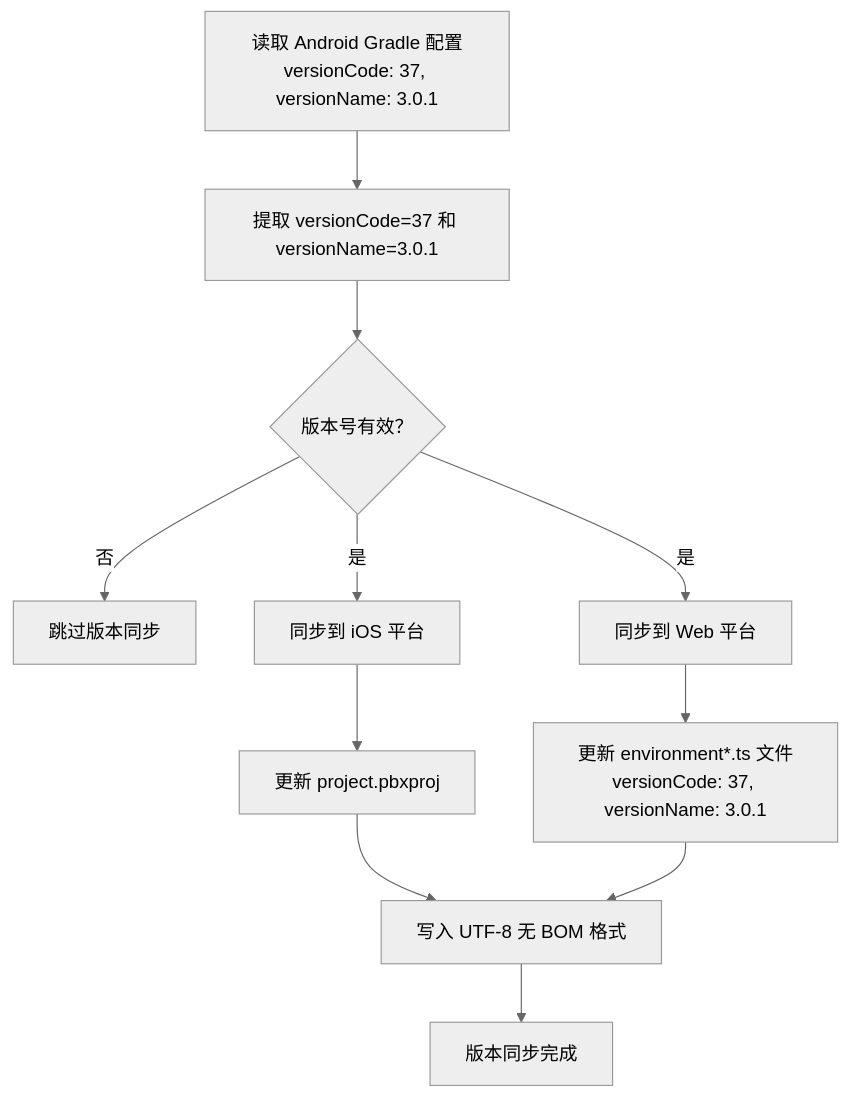
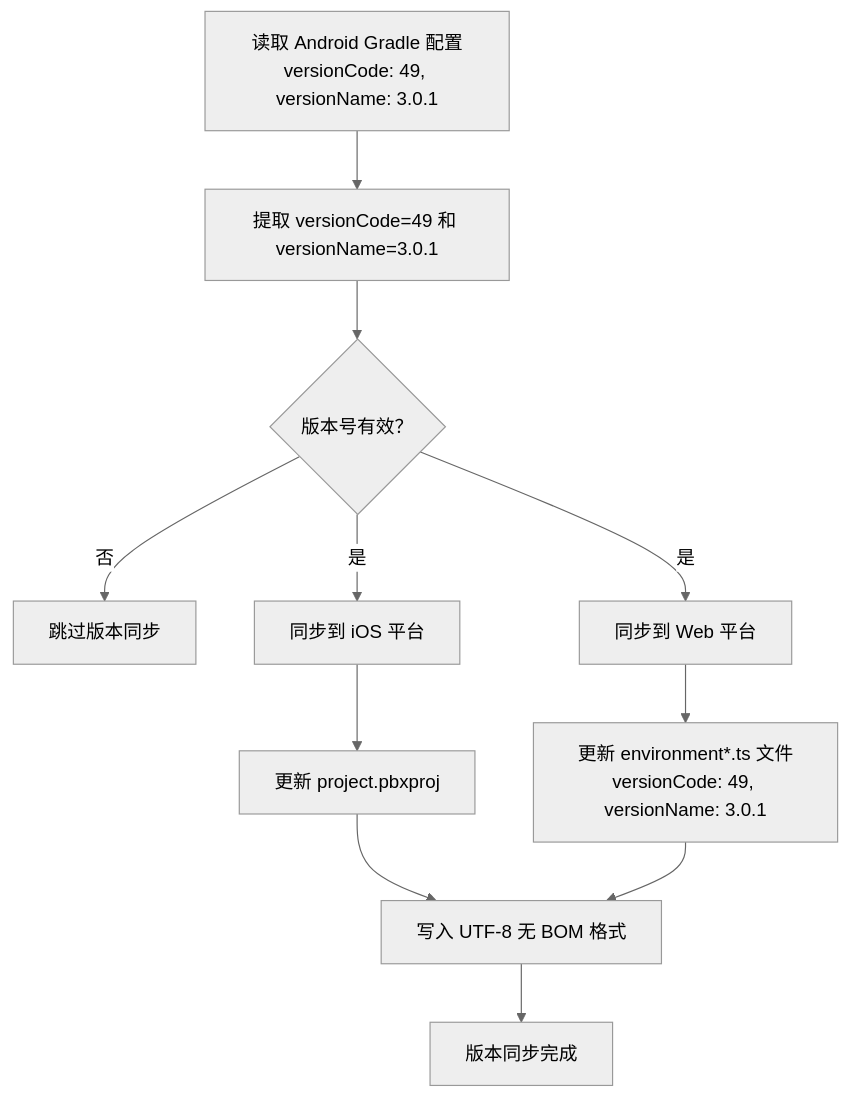
The fourth of 6 diagrams in .qoder/repowiki/zh/content/构建与部署/构建配置.md (tea4go/Macro-Deck-Client-App), drawn with Mermaid (neutral theme) before and after one commit. The commit also changed other lines of this file and 45 other files, not shown here.

````diff
--- a/.qoder/repowiki/zh/content/构建与部署/构建配置.md
+++ b/.qoder/repowiki/zh/content/构建与部署/构建配置.md
@@ -721,13 +733,13 @@
 ```mermaid
 flowchart TD
-A["读取 Android Gradle 配置<br/>versionCode: 37, versionName: 3.0.1"] --> B["提取 versionCode=37 和 versionName=3.0.1"]
+A["读取 Android Gradle 配置<br/>versionCode: 49, versionName: 3.0.1"] --> B["提取 versionCode=49 和 versionName=3.0.1"]
 B --> C{"版本号有效？"}
 C --> |否| D["跳过版本同步"]
 C --> |是| E["同步到 iOS 平台"]
 C --> |是| F["同步到 Web 平台"]
 E --> G["更新 project.pbxproj"]
-F --> H["更新 environment*.ts 文件<br/>versionCode: 37, versionName: 3.0.1"]
+F --> H["更新 environment*.ts 文件<br/>versionCode: 49, versionName: 3.0.1"]
 G --> I["写入 UTF-8 无 BOM 格式"]
 H --> I
 I --> J["版本同步完成"]
 ```
````
